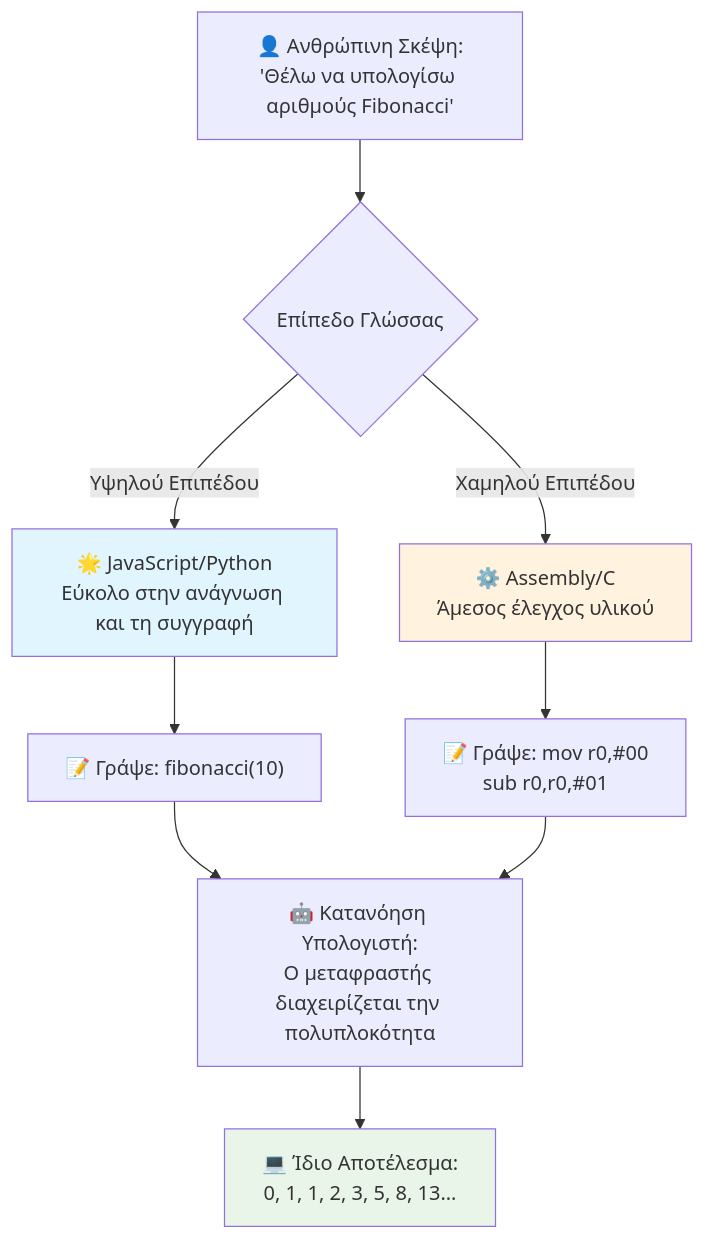
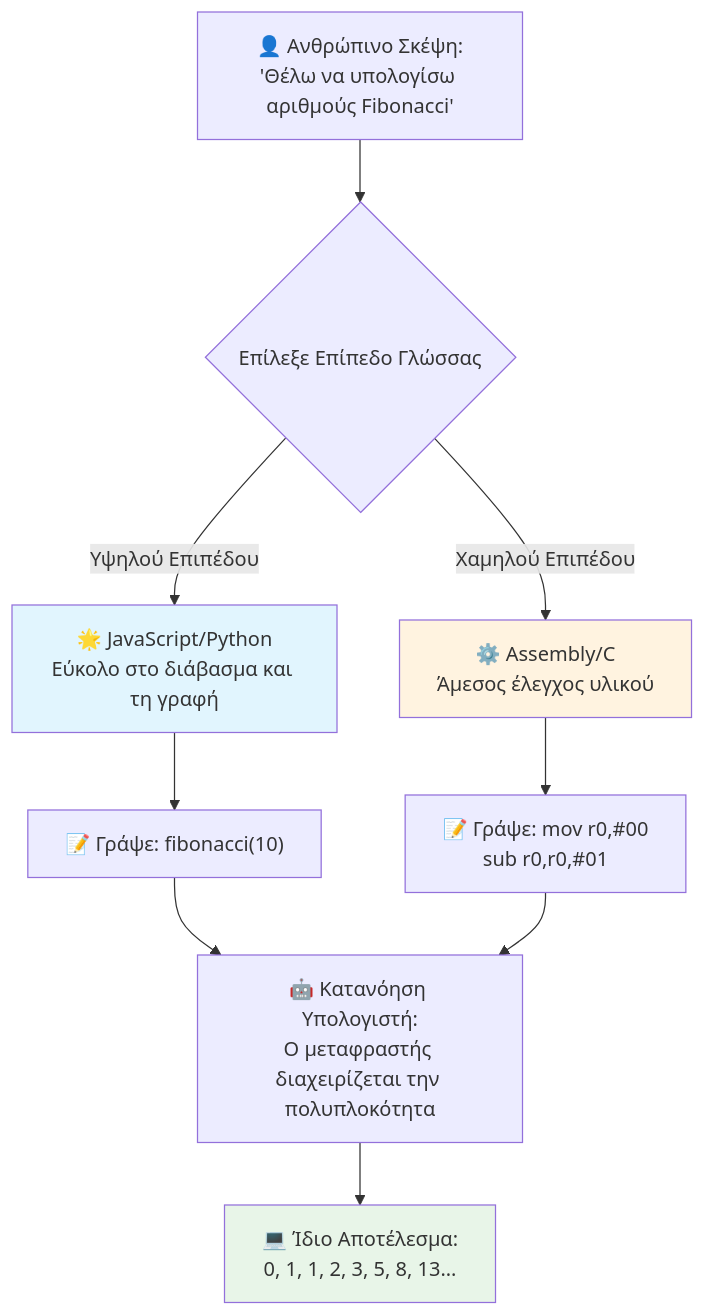
The third of 7 diagrams in translations/el/1-getting-started-lessons/1-intro-to-programming-languages/README.md (microsoft/Web-Dev-For-Beginners), drawn with Mermaid before and after one commit. The commit also changed other lines of this file and 8 other files, not shown here.

````diff
--- a/translations/el/1-getting-started-lessons/1-intro-to-programming-languages/README.md
+++ b/translations/el/1-getting-started-lessons/1-intro-to-programming-languages/README.md
@@ -148,19 +148,19 @@
 ```mermaid
 flowchart TB
-    A["👤 Ανθρώπινη Σκέψη:<br/>'Θέλω να υπολογίσω αριθμούς Fibonacci'"] --> B{Επίπεδο Γλώσσας}
+    A["👤 Ανθρώπινο Σκέψη:<br/>'Θέλω να υπολογίσω αριθμούς Fibonacci'"] --> B{Επίλεξε Επίπεδο Γλώσσας}
     
-    B -->|Υψηλού Επιπέδου| C["🌟 JavaScript/Python<br/>Εύκολο στην ανάγνωση και τη συγγραφή"]
+    B -->|Υψηλού Επιπέδου| C["🌟 JavaScript/Python<br/>Εύκολο στο διάβασμα και τη γραφή"]
     B -->|Χαμηλού Επιπέδου| D["⚙️ Assembly/C<br/>Άμεσος έλεγχος υλικού"]
     
     C --> E["📝 Γράψε: fibonacci(10)"]
     D --> F["📝 Γράψε: mov r0,#00<br/>sub r0,r0,#01"]
     
     E --> G["🤖 Κατανόηση Υπολογιστή:<br/>Ο μεταφραστής διαχειρίζεται την πολυπλοκότητα"]
     F --> G
     
     G --> H["💻 Ίδιο Αποτέλεσμα:<br/>0, 1, 1, 2, 3, 5, 8, 13..."]
     
     style C fill:#e1f5fe
     style D fill:#fff3e0
     style H fill:#e8f5e8
 ```
````
